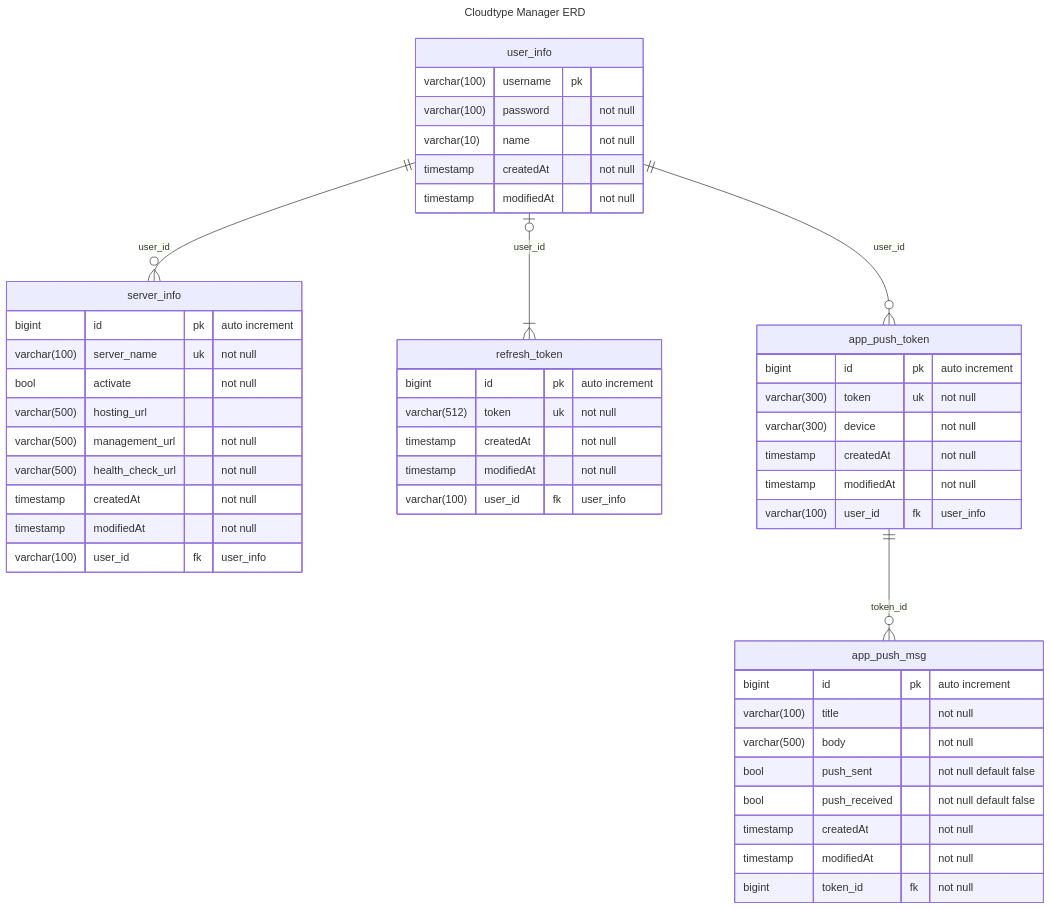
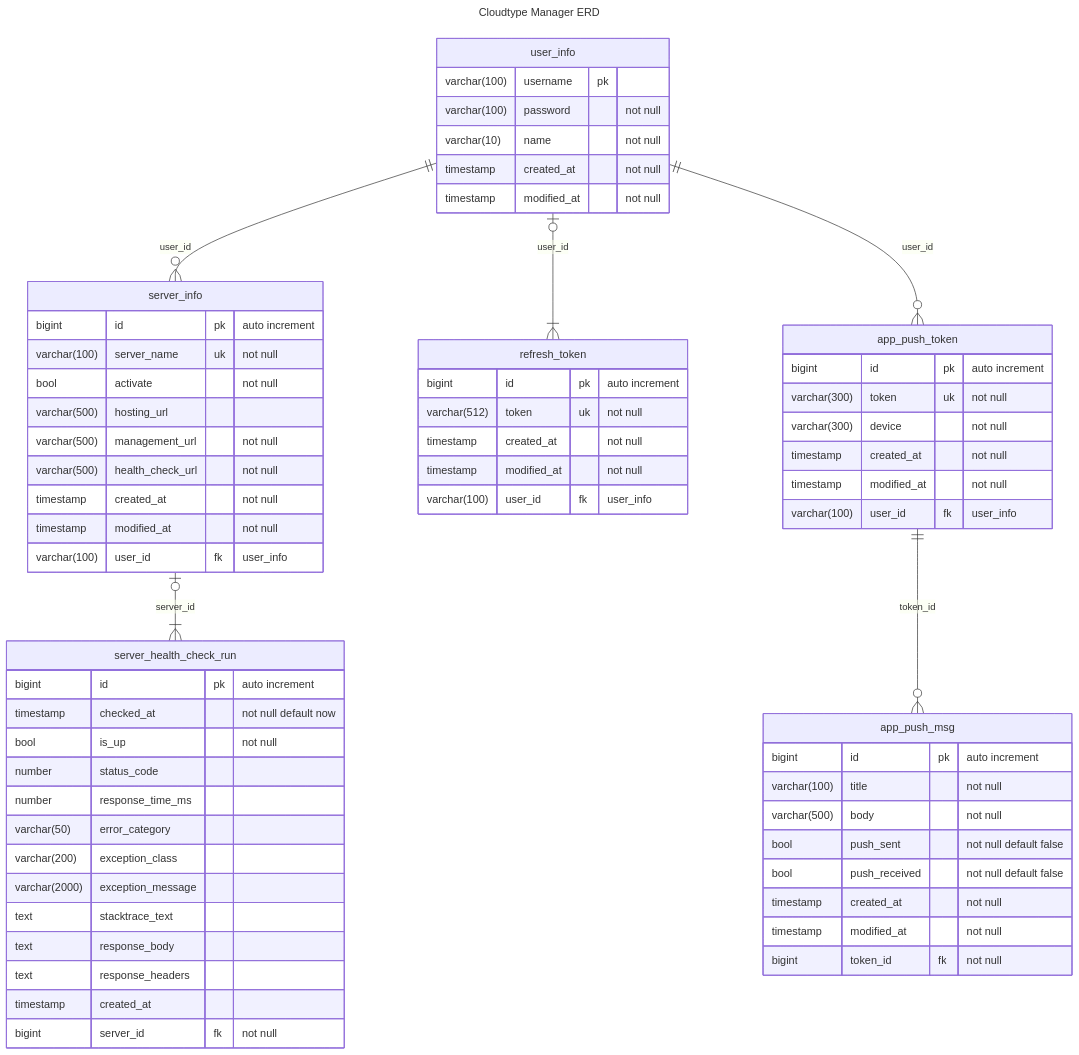
Before and after one commit to GuardJo/cloudtype-manager: the diagram in cloudtype-manager-api/README.md, drawn with Mermaid. The commit also changed 1 other file, not shown here.

Commit message:
[BE] #41 서버 상태 변경 이력 관리 테이블 스키마 및 ERD 구성
- 서버의 활성/비활성 상태 변경 이력 관리를 위한 server_health_check_run 테이블 ERD 구성
- ERD 기반 DDL 쿼리 구성
- 추가로 테이블 정의 정보를 comment 쿼리로 삽입

````diff
--- a/cloudtype-manager-api/README.md
+++ b/cloudtype-manager-api/README.md
@@ -26,59 +26,77 @@
 ```mermaid
 ---
 title: Cloudtype Manager ERD
 ---
 erDiagram
     user_info {
 varchar(100) username pk
 varchar(100) password "not null"
 varchar(10) name "not null"
-timestamp createdAt "not null"
-timestamp modifiedAt "not null"
+timestamp created_at "not null"
+timestamp modified_at "not null"
 }
 
 server_info {
 bigint id pk "auto increment"
 varchar(100) server_name uk "not null"
 bool activate "not null"
 varchar(500) hosting_url
 varchar(500) management_url "not null"
 varchar(500) health_check_url "not null"
-timestamp createdAt "not null"
-timestamp modifiedAt "not null"
+timestamp created_at "not null"
+timestamp modified_at "not null"
 varchar(100) user_id fk "user_info"
 }
 
 refresh_token {
 bigint id pk "auto increment"
 varchar(512) token uk "not null"
-timestamp createdAt "not null"
-timestamp modifiedAt "not null"
+timestamp created_at "not null"
+timestamp modified_at "not null"
 varchar(100) user_id fk "user_info"
 }
 
 app_push_token {
 bigint id pk "auto increment"
 varchar(300) token uk "not null"
 varchar(300) device "not null"
-timestamp createdAt "not null"
-timestamp modifiedAt "not null"
+timestamp created_at "not null"
+timestamp modified_at "not null"
 varchar(100) user_id fk "user_info"
 }
 
 app_push_msg {
 bigint id pk "auto increment"
 varchar(100) title "not null"
 varchar(500) body "not null"
 bool push_sent "not null default false"
 bool push_received "not null default false"
-timestamp createdAt "not null"
-timestamp modifiedAt "not null"
+timestamp created_at "not null"
+timestamp modified_at "not null"
 bigint token_id fk "not null"
  }
+
+server_health_check_run {
+bigint id pk "auto increment"
+timestamp checked_at "not null default now"
+bool is_up "not null"
+number status_code
+number response_time_ms
+varchar(50) error_category
+varchar(200) exception_class
+varchar(2000) exception_message
+text stacktrace_text
+text response_body
+text response_headers
+timestamp created_at
+bigint server_id fk "not null"
+}
 
 user_info ||--o{ server_info: "user_id"
 user_info o|--|{ refresh_token: "user_id"
 user_info ||--o{ app_push_token: "user_id"
 
 app_push_token ||--o{ app_push_msg: "token_id"
+
+server_info o|--|{ server_health_check_run: "server_id"
 ```
````
